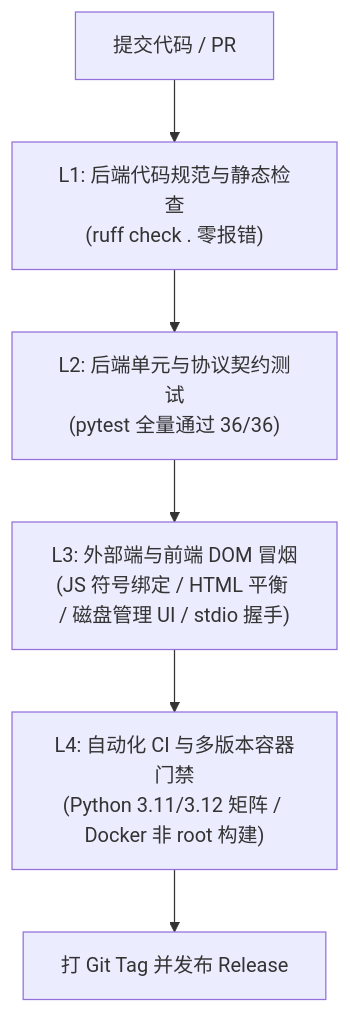
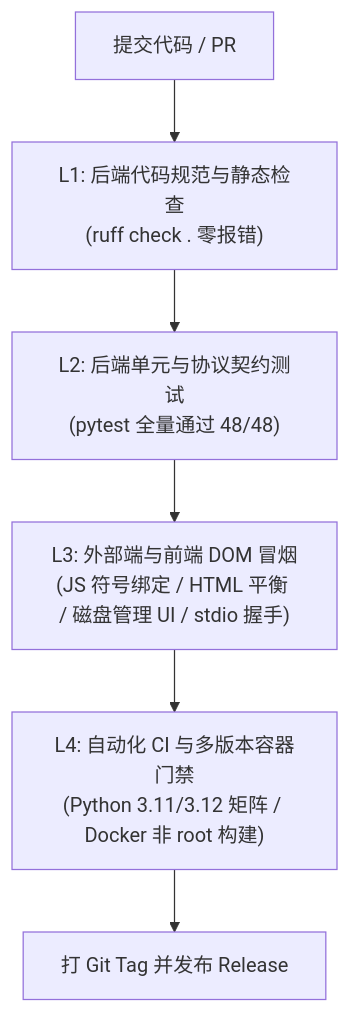
One commit to khc8655/image-mcp changed the diagram in RELEASE_SPEC.md. Above: the diagram before and after it, drawn with Mermaid. The commit also changed other lines of this file and 11 other files, not shown here.

````diff
--- a/RELEASE_SPEC.md
+++ b/RELEASE_SPEC.md
@@ -23,8 +23,8 @@
 ```mermaid
 graph TD
     PR["提交代码 / PR"] --> G1["L1: 后端代码规范与静态检查<br/>(ruff check . 零报错)"]
-    G1 --> G2["L2: 后端单元与协议契约测试<br/>(pytest 全量通过 36/36)"]
+    G1 --> G2["L2: 后端单元与协议契约测试<br/>(pytest 全量通过 48/48)"]
     G2 --> G3["L3: 外部端与前端 DOM 冒烟<br/>(JS 符号绑定 / HTML 平衡 / 磁盘管理 UI / stdio 握手)"]
     G3 --> G4["L4: 自动化 CI 与多版本容器门禁<br/>(Python 3.11/3.12 矩阵 / Docker 非 root 构建)"]
     G4 --> Tag["打 Git Tag 并发布 Release"]
 ```
````
